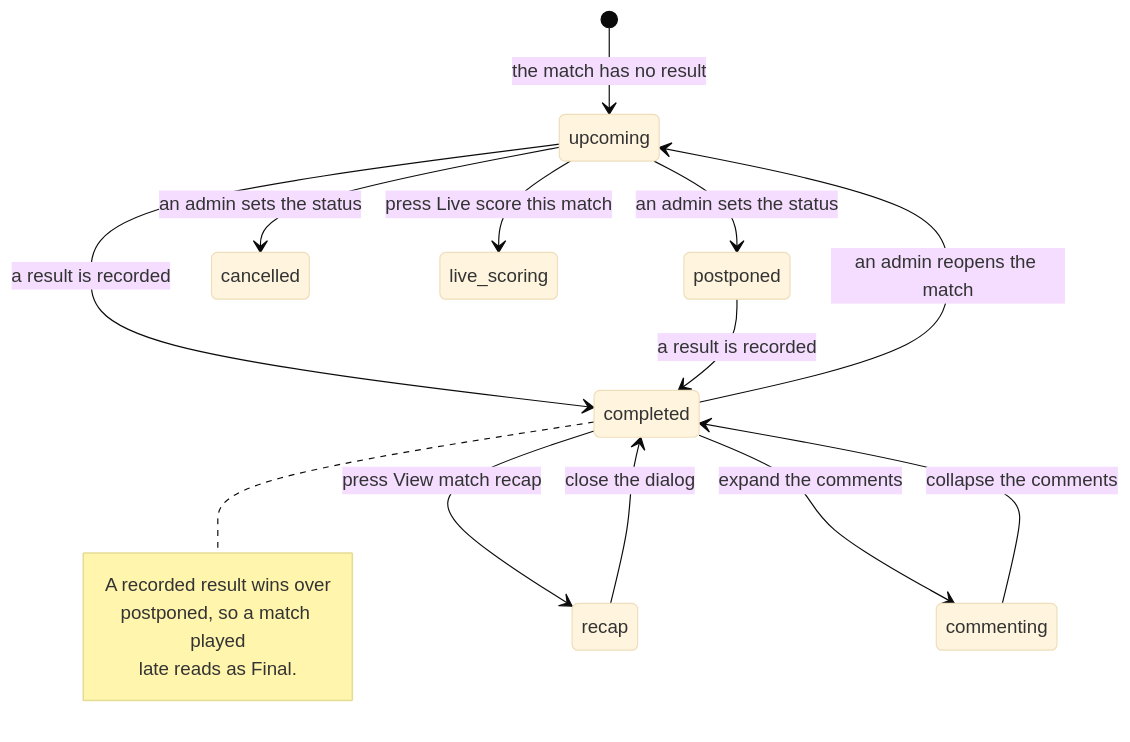
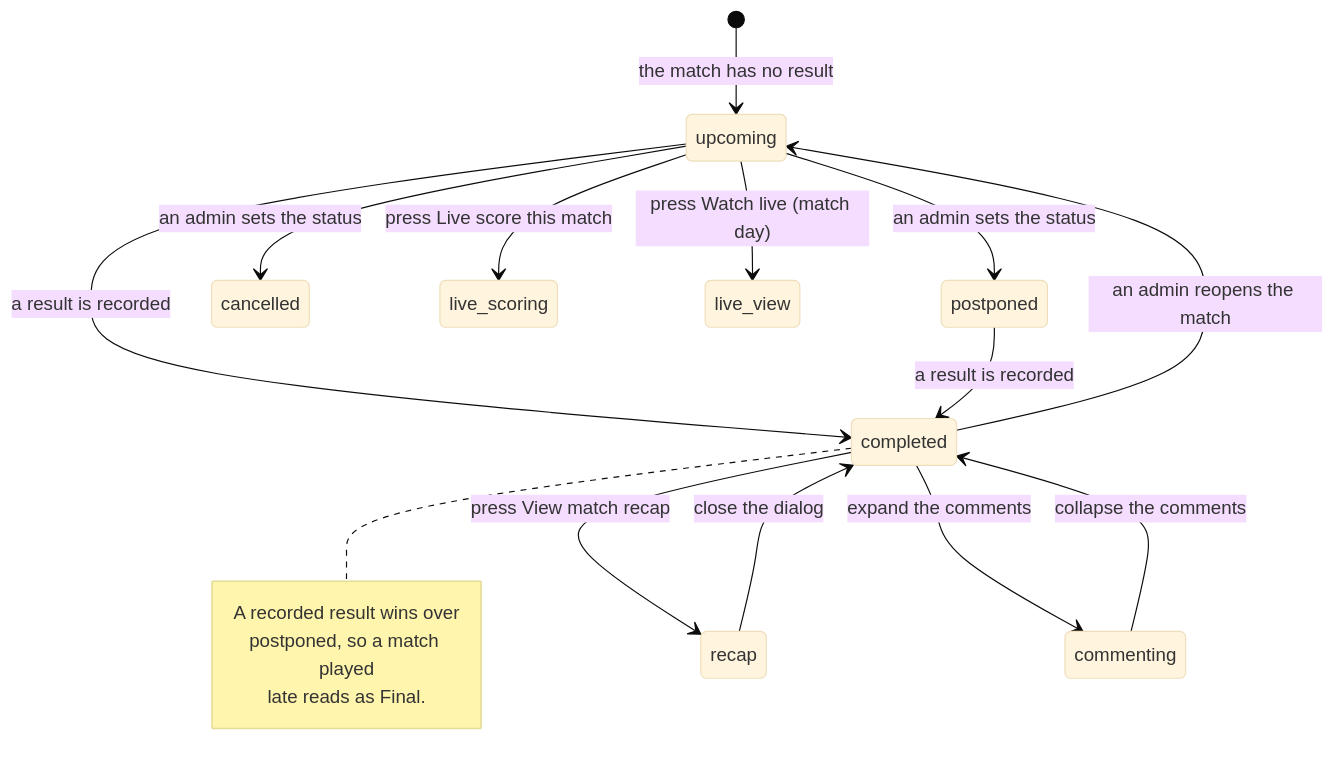
The diagram in docs/product-description/schedule/a-match-card.md (DougZeThug/717rec), drawn with Mermaid (base theme) before and after one commit. The commit also changed other lines of this file and 12 other files, not shown here.

````diff
--- a/docs/product-description/schedule/a-match-card.md
+++ b/docs/product-description/schedule/a-match-card.md
@@ -50,19 +52,20 @@
 ```mermaid
 stateDiagram-v2
     [*] --> upcoming : the match has no result
     upcoming --> postponed : an admin sets the status
     upcoming --> cancelled : an admin sets the status
     upcoming --> completed : a result is recorded
     postponed --> completed : a result is recorded
     completed --> upcoming : an admin reopens the match
     note right of completed
         A recorded result wins over
         postponed, so a match played
         late reads as Final.
     end note
     upcoming --> live_scoring : press Live score this match
+    upcoming --> live_view : press Watch live (match day)
     completed --> recap : press View match recap
     recap --> completed : close the dialog
     completed --> commenting : expand the comments
     commenting --> completed : collapse the comments
 ```
````
